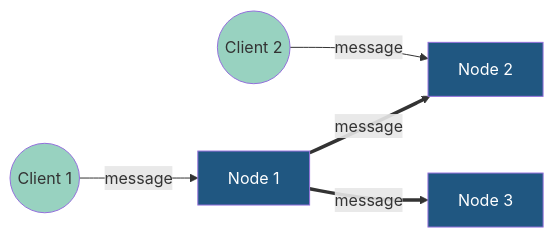
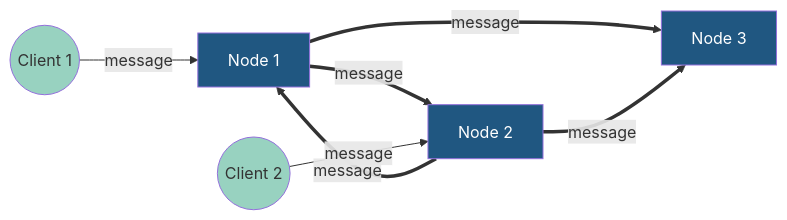
Before and after one commit to niklas-enns/message-broker: the second of 2 diagrams in README.md, drawn with Mermaid.

Commit message:
reformat table

````diff
--- a/README.md
+++ b/README.md
@@ -84,15 +84,17 @@
 ```mermaid
 graph LR;
     N1[Node 1]==>|message|N2[Node 2]
     N1==>|message|N3[Node 3]
+    N2==>|message|N1
+    N2==>|message|N3
     
     C1((Client 1))-->|message|N1;
     C2((Client 2))-->|message|N2;
     
     classDef c1 fill:#205781,color:white;
     classDef c2 fill:#4F959D,color:white;
     classDef c3 fill:#98D2C0;
     classDef c4 fill:#F6F8D5;
     class N1,N2,N3 c1
     class C1,C2,C3,C4 c3
 ```
````
